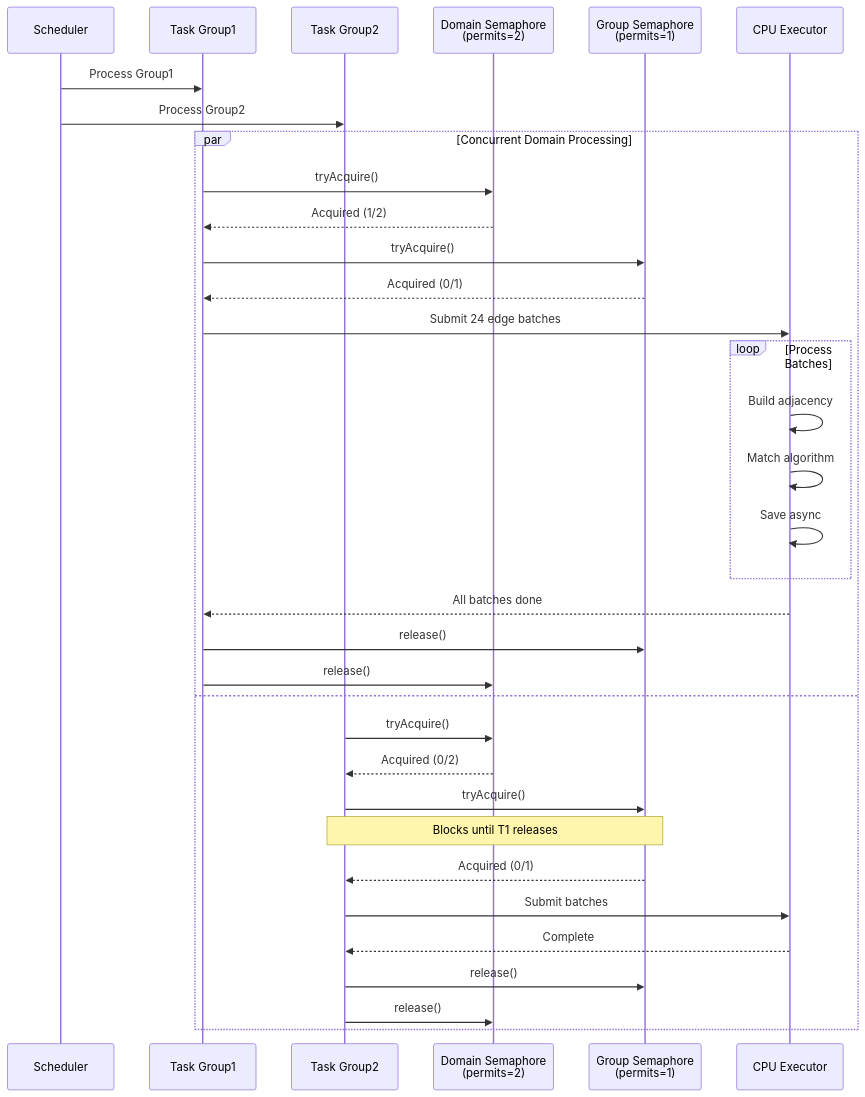
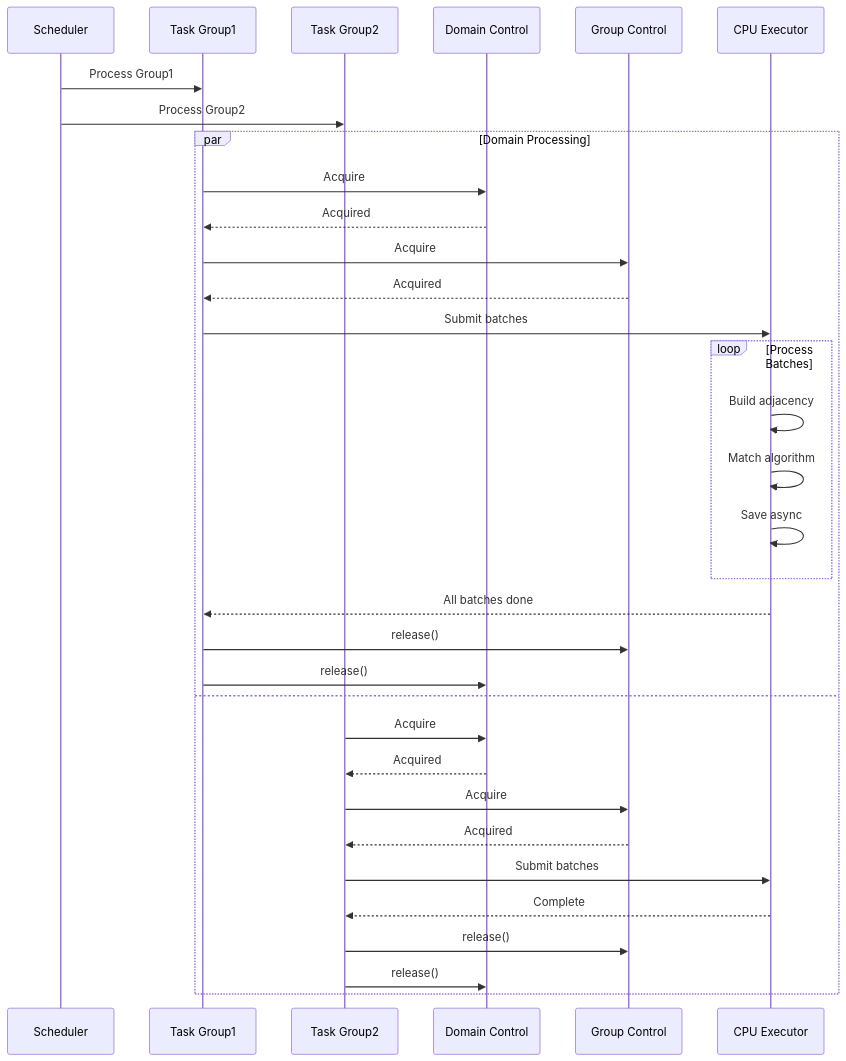
One commit to kagit00/schedule_x changed diagram 14 of 20 in docs/Low Level Designs/ScheduledPerfectMatchesCreation.md. Above: the diagram before and after it, drawn with Mermaid. The commit also changed other lines of this file and 7 other files, not shown here.

````diff
--- a/docs/Low Level Designs/ScheduledPerfectMatchesCreation.md
+++ b/docs/Low Level Designs/ScheduledPerfectMatchesCreation.md
@@ -604,42 +549,41 @@
 ```mermaid
 sequenceDiagram
     participant S as Scheduler
     participant T1 as Task Group1
     participant T2 as Task Group2
-    participant DS as Domain Semaphore<br/>(permits=2)
-    participant GS as Group Semaphore<br/>(permits=1)
+    participant DS as Domain Control
+    participant GS as Group Control
     participant CPU as CPU Executor
     
     S->>T1: Process Group1
     S->>T2: Process Group2
     
-    par Concurrent Domain Processing
-        T1->>DS: tryAcquire()
-        DS-->>T1: Acquired (1/2)
-        T1->>GS: tryAcquire()
-        GS-->>T1: Acquired (0/1)
+    par Domain Processing
+        T1->>DS: Acquire
+        DS-->>T1: Acquired
+        T1->>GS: Acquire
+        GS-->>T1: Acquired
         
-        T1->>CPU: Submit 24 edge batches
+        T1->>CPU: Submit batches
         
         loop Process Batches
             CPU->>CPU: Build adjacency
             CPU->>CPU: Match algorithm
             CPU->>CPU: Save async
         end
         
         CPU-->>T1: All batches done
         T1->>GS: release()
         T1->>DS: release()
     and
-        T2->>DS: tryAcquire()
-        DS-->>T2: Acquired (0/2)
-        T2->>GS: tryAcquire()
-        Note over T2,GS: Blocks until T1 releases
-        GS-->>T2: Acquired (0/1)
+        T2->>DS: Acquire
+        DS-->>T2: Acquired
+        T2->>GS: Acquire
+        GS-->>T2: Acquired
         
         T2->>CPU: Submit batches
         CPU-->>T2: Complete
         T2->>GS: release()
         T2->>DS: release()
     end
 ```
````
